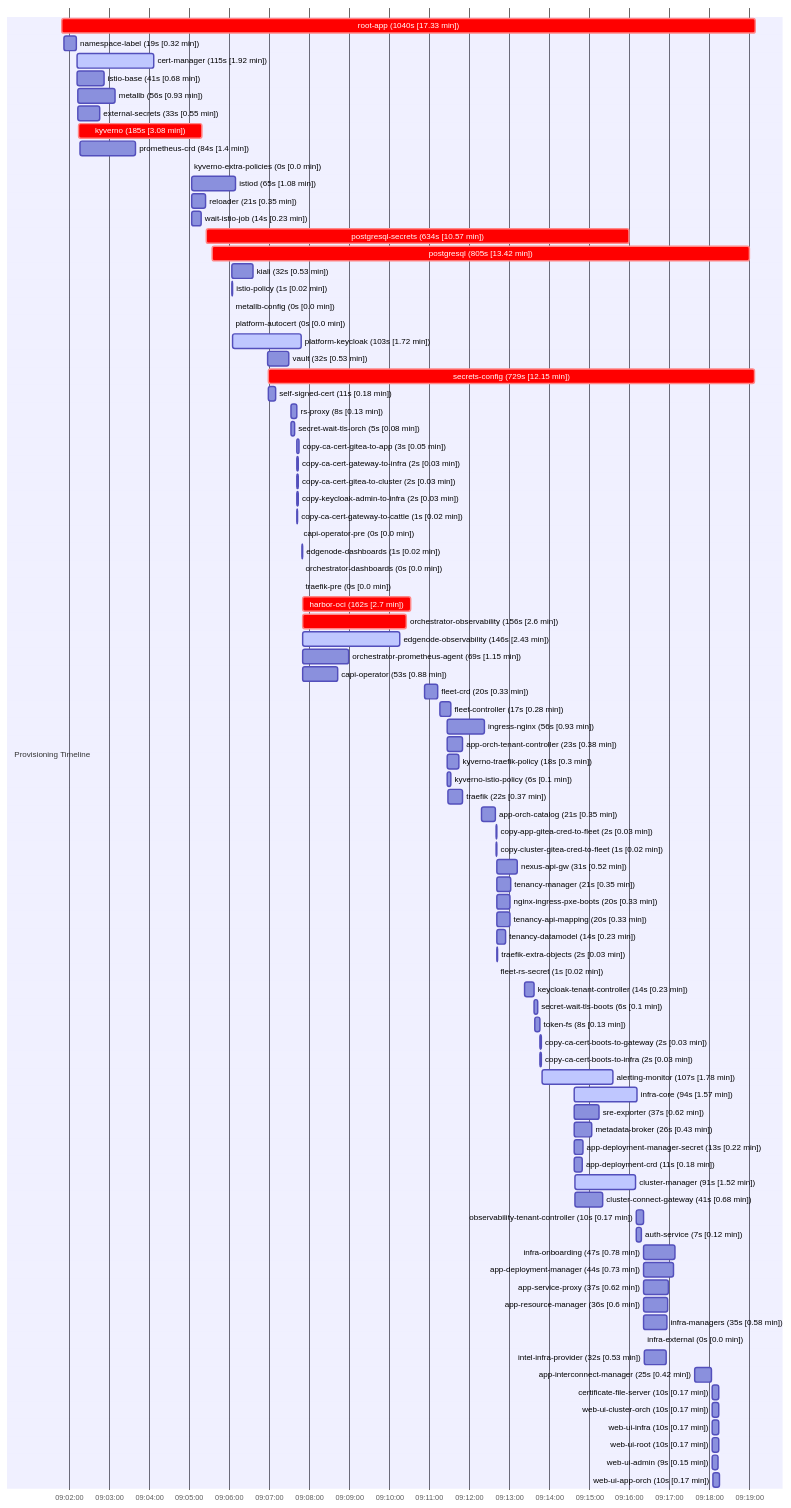
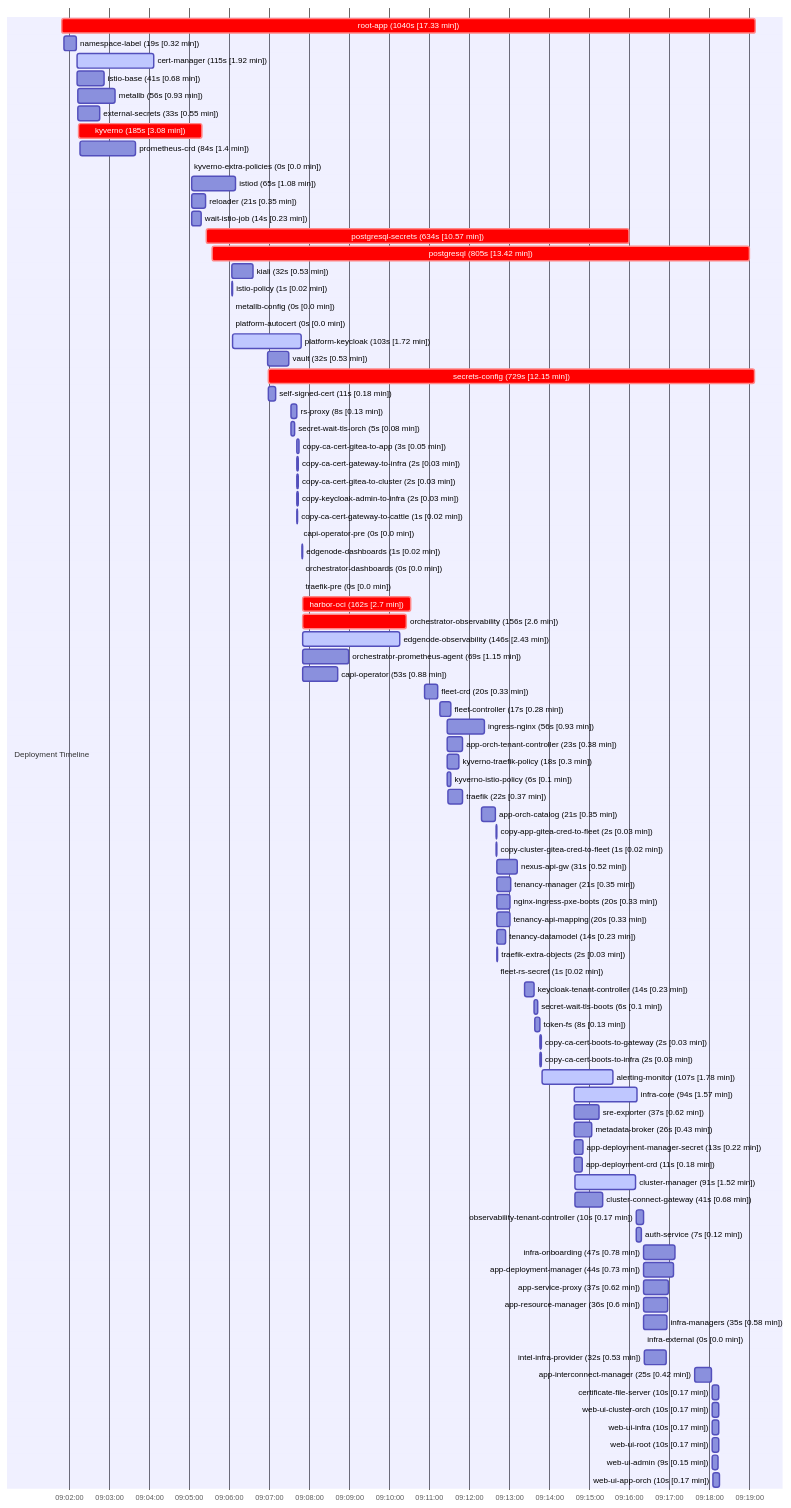
One commit to open-edge-platform/edge-manageability-framework changed the eighth of 8 diagrams in design-proposals/emf-profiling-analysis.md. Above: the diagram before and after it, drawn with Mermaid. The commit also changed other lines of this file, not shown here.

```diff
--- a/design-proposals/emf-profiling-analysis.md
+++ b/design-proposals/emf-profiling-analysis.md
@@ -830,7 +830,7 @@
 gantt
     dateFormat  YYYY-MM-DDTHH:mm:ss
     axisFormat  %H:%M:%S
-    section Provisioning Timeline
+    section Deployment Timeline
     root-app (1040s [17.33 min]) :crit, 2025-06-11T09:01:49, 2025-06-11T09:19:09
     namespace-label (19s [0.32 min]) : 2025-06-11T09:01:52, 2025-06-11T09:02:11
     cert-manager (115s [1.92 min]) :active, 2025-06-11T09:02:12, 2025-06-11T09:04:07
```
